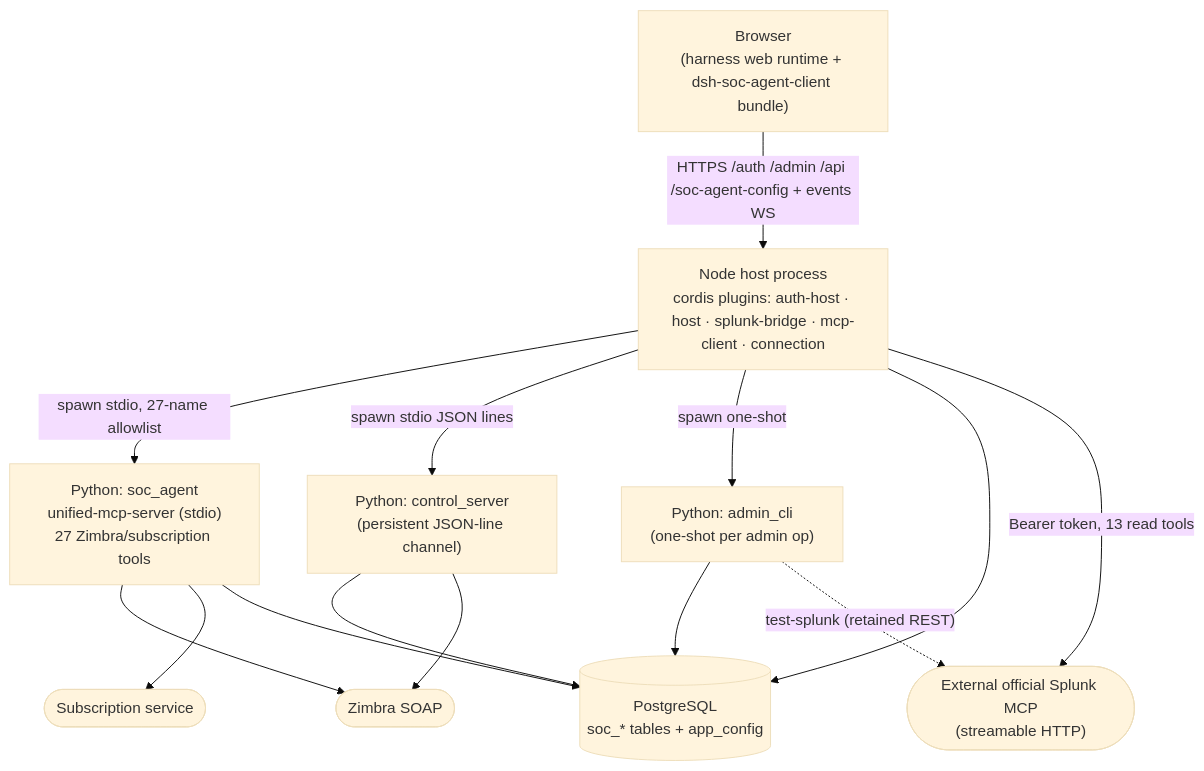
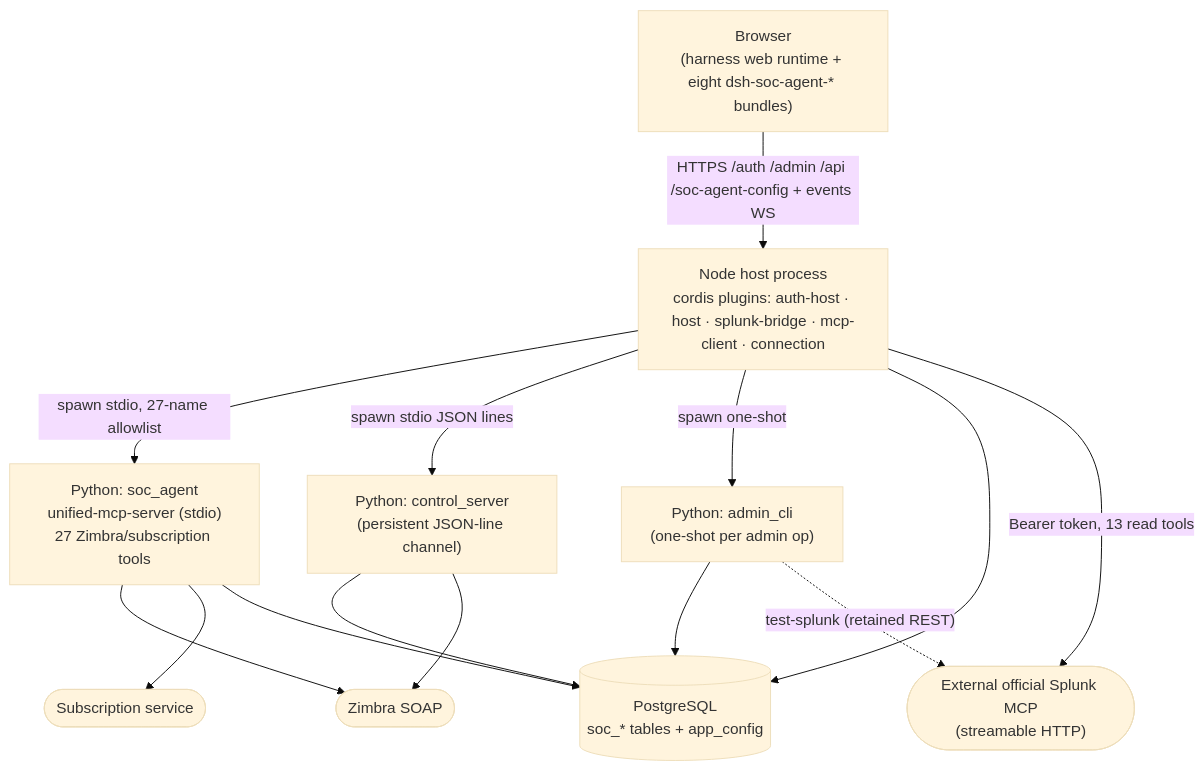
One commit to Benchan691/CITIC_AGENT changed the diagram in docs/diagrams/runtime-containers.mmd. Above: the diagram before and after it, drawn with Mermaid (base theme). The commit also changed 217 other files, not shown here.

First line of the commit message:
Refactor SOC agent to enhance browser package integration and documentation

```diff
--- a/docs/diagrams/runtime-containers.mmd
+++ b/docs/diagrams/runtime-containers.mmd
@@ -1,25 +1,25 @@
 %% Runtime containers — process topology (verified against 56c8dd2)
 flowchart TB
-    browser["Browser<br/>(harness web runtime + dsh-soc-agent-client bundle)"]
+    browser["Browser<br/>(harness web runtime + eight dsh-soc-agent-* bundles)"]
     host["Node host process<br/>cordis plugins: auth-host · host · splunk-bridge · mcp-client · connection"]
     pyagent["Python: soc_agent<br/>unified-mcp-server (stdio)<br/>27 Zimbra/subscription tools"]
     control["Python: control_server<br/>(persistent JSON-line channel)"]
     admincli["Python: admin_cli<br/>(one-shot per admin op)"]
     pg[("PostgreSQL<br/>soc_* tables + app_config")]
     zimbra(["Zimbra SOAP"])
     splunk(["External official Splunk MCP<br/>(streamable HTTP)"])
     subs(["Subscription service"])
 
     browser -->|"HTTPS /auth /admin /api /soc-agent-config + events WS"| host
     host -->|"spawn stdio, 27-name allowlist"| pyagent
     host -->|"spawn stdio JSON lines"| control
     host -->|"spawn one-shot"| admincli
     host --> pg
     pyagent --> zimbra
     pyagent --> subs
     pyagent --> pg
     control --> pg
     control --> zimbra
     admincli --> pg
     host -->|"Bearer token, 13 read tools"| splunk
     admincli -.->|"test-splunk (retained REST)"| splunk
```
